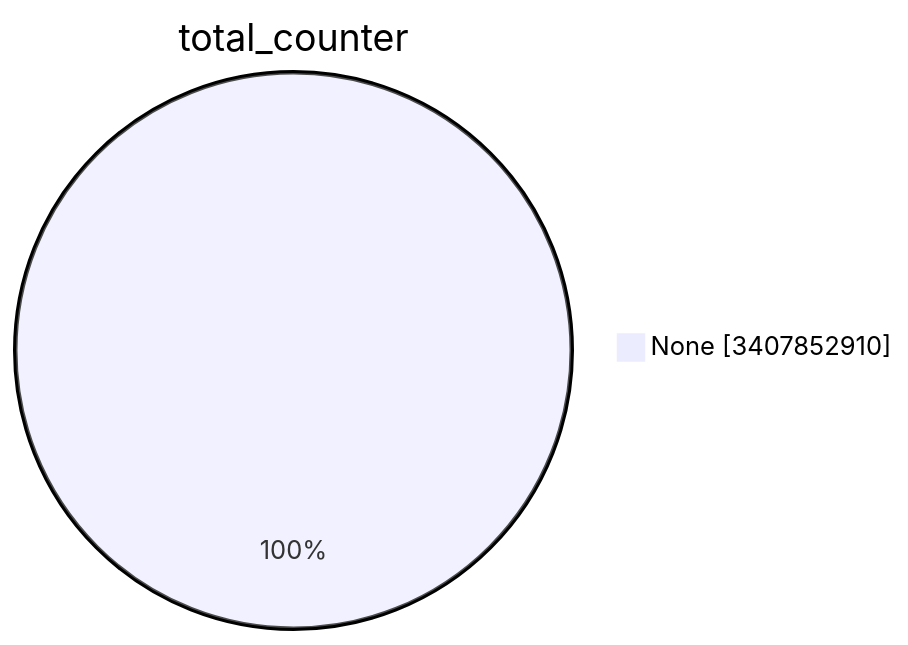
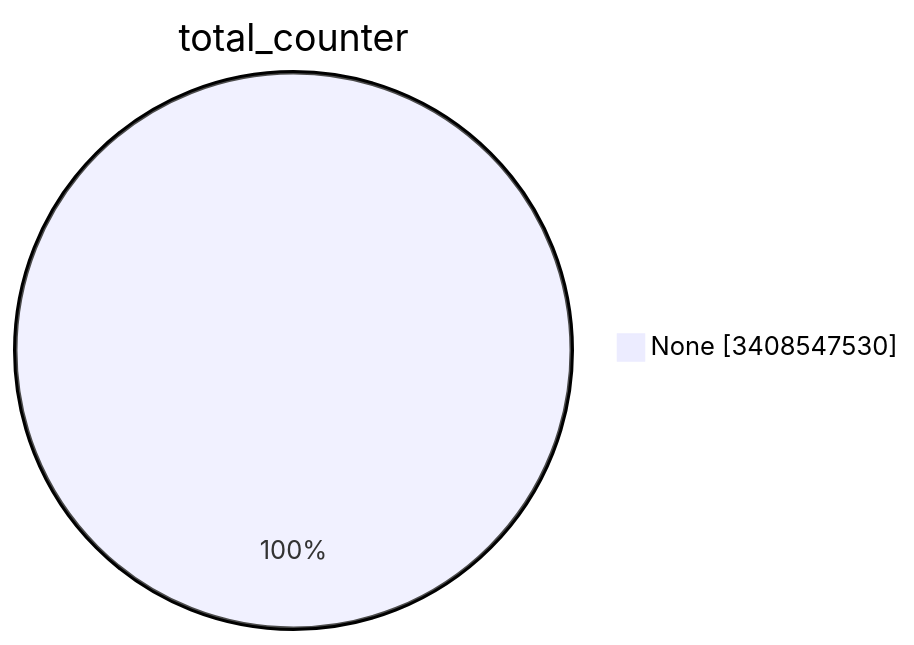
Before and after one commit to christiankrug/ctmonitor_visualization: the first of 15 diagrams in TOTAL/README.md, drawn with Mermaid. The commit also changed other lines of this file, not shown here.

````diff
--- a/TOTAL/README.md
+++ b/TOTAL/README.md
@@ -1,5 +1,5 @@
 ```mermaid
 pie showData
 title total_counter
-"None" :3407852910
+"None" :3408547530
 ```
````
